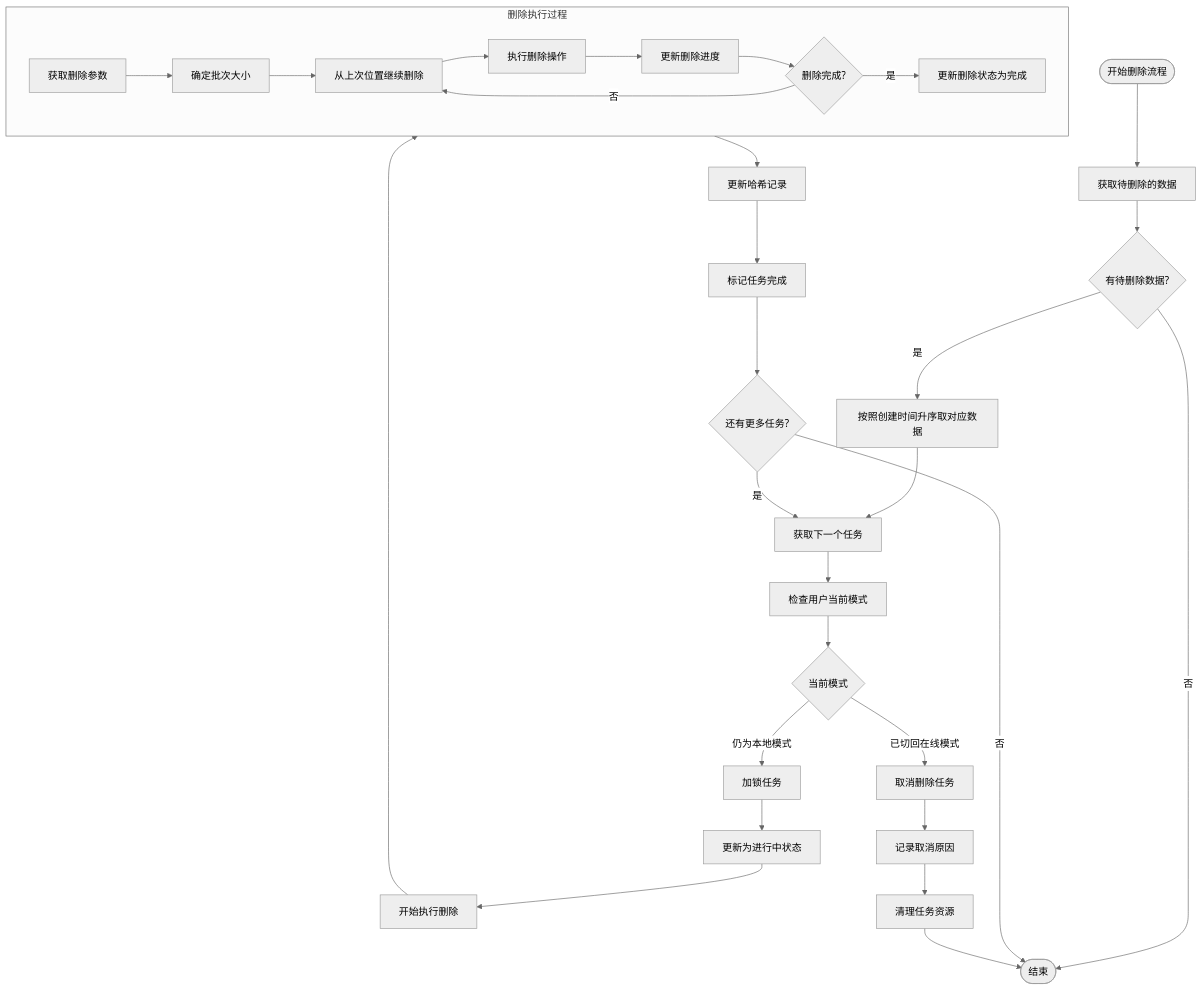
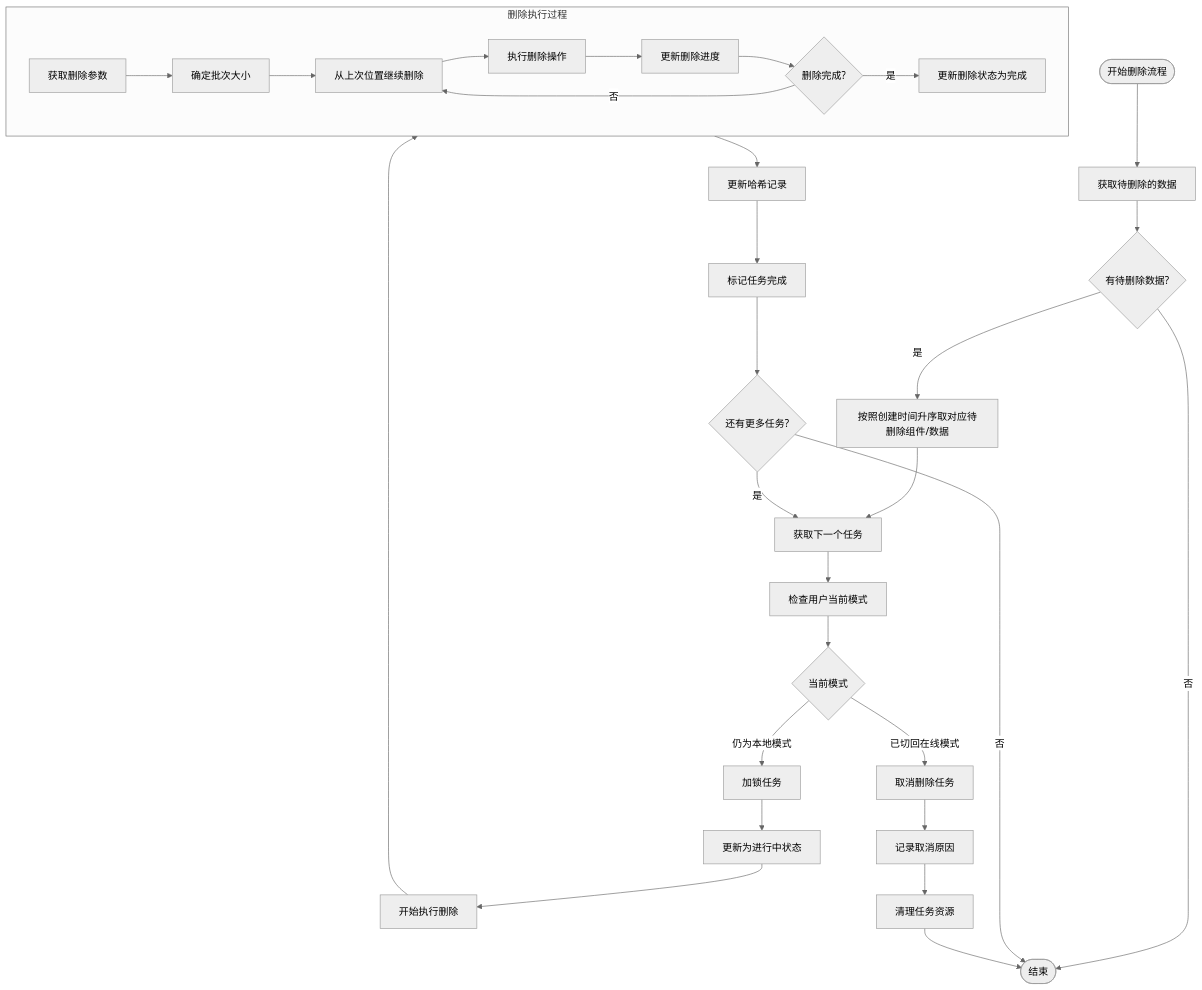
Before and after one commit to yingjianzh/iodraw-files: the diagram in all/未命名-51.md, drawn with Mermaid (neutral theme).

Commit message:
2025-05-08 15:18:53 update

````diff
--- a/all/未命名-51.md
+++ b/all/未命名-51.md
@@ -1,42 +1,42 @@
 ```mermaid
 flowchart TD
     Start([开始删除流程]) --> FetchTasks[获取待删除的数据]
     FetchTasks --> HasTasks{有待删除数据?}
     
     HasTasks -->|否| End([结束])
-    HasTasks -->|是| PrioritizeTasks[按照创建时间升序取对应数据]
+    HasTasks -->|是| PrioritizeTasks[按照创建时间升序取对应待删除组件/数据]
     
     PrioritizeTasks --> GetNextTask[获取下一个任务]
     GetNextTask --> CheckUserMode[检查用户当前模式]
     
     CheckUserMode --> CurrentMode{当前模式}
     CurrentMode -->|已切回在线模式| TaskCancel[取消删除任务]
     CurrentMode -->|仍为本地模式| LockTask[加锁任务]
     
     LockTask --> UpdateStatus[更新为进行中状态]
     UpdateStatus --> BeginDeletion[开始执行删除]
     
     subgraph DeletionProcess [删除执行过程]
         A[获取删除参数] --> B[确定批次大小]
         B --> C[从上次位置继续删除]
         C --> D[执行删除操作]
         D --> E[更新删除进度]
         E --> F{删除完成?}
         F -->|否| C
         F -->|是| G[更新删除状态为完成]
     end
     
     BeginDeletion --> DeletionProcess
     
     DeletionProcess --> UpdateHashRecord[更新哈希记录]
     UpdateHashRecord --> MarkCompleted[标记任务完成]
     
     TaskCancel --> LogCancellation[记录取消原因]
     LogCancellation --> CleanupTask[清理任务资源]
     
     MarkCompleted --> CheckMoreTasks{还有更多任务?}
     CheckMoreTasks -->|是| GetNextTask
     CheckMoreTasks -->|否| End
     
     CleanupTask --> End
 ```
````
